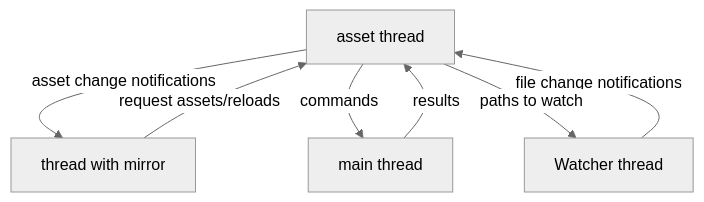
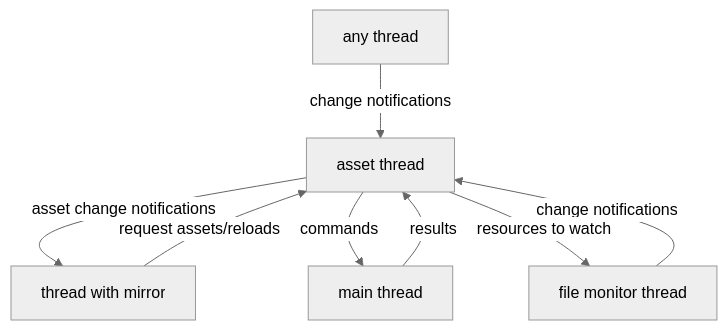
Before and after one commit to Open-Hexagon/oh3: the diagram in asset_system/README.md, drawn with Mermaid (neutral theme). The commit also changed other lines of this file, not shown here.

````diff
--- a/asset_system/README.md
+++ b/asset_system/README.md
@@ -11,9 +15,10 @@
 ```mermaid
 graph TD;
     A[asset thread] -- asset change notifications --> T[thread with mirror]
     T -- request assets/reloads --> A
     A -- commands --> M[main thread]
     M -- results --> A
-    W[Watcher thread] -- file change notifications --> A
-    A -- paths to watch --> W
+    W[file monitor thread] -- change notifications --> A
+    A -- resources to watch --> W
+    O[any thread] -- change notifications --> A
 ```
````
